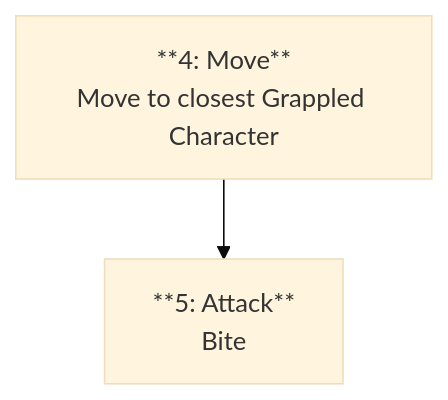
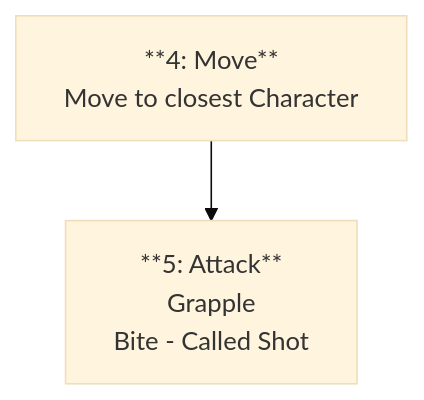
Before and after one commit to HaHussain/Mana-And-Momentum-Website: the diagram in content/NPCs/Zombie.md, drawn with Mermaid (base theme). The commit also changed other lines of this file, not shown here.

````diff
--- a/content/NPCs/Zombie.md
+++ b/content/NPCs/Zombie.md
@@ -49,9 +48,9 @@
 ```mermaid
 flowchart TB
-    A["**4: Move**<br/>Move to closest Grappled Character"]
-    B["**5: Attack**<br/>Bite"]
+    A["**4: Move**<br/>Move to closest Character"]
+    B["**5: Attack**<br/>Grapple<br>Bite - Called Shot"]
     A --> B
     click A "[[Move]]"
     click B "[[Attack]]"
     %% mermaid-flow:pos A=300,110 B=300,220
 ```
````
